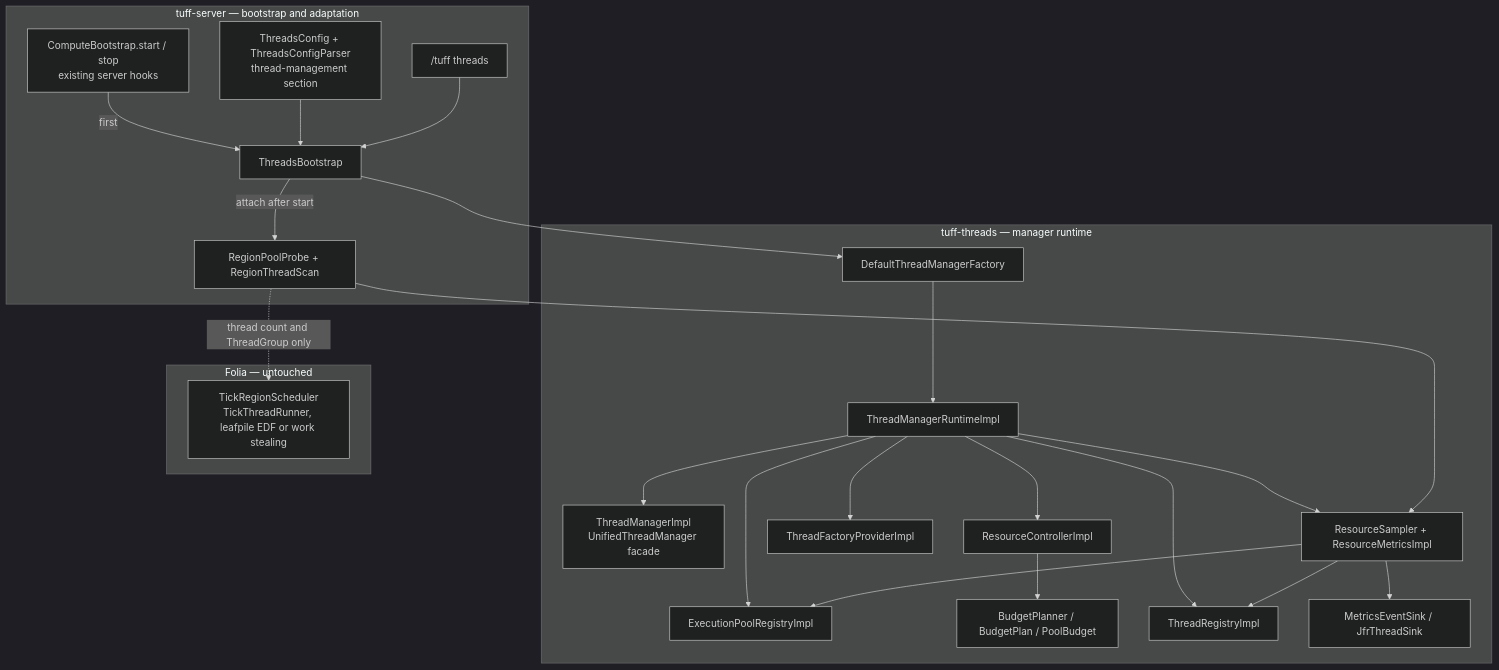
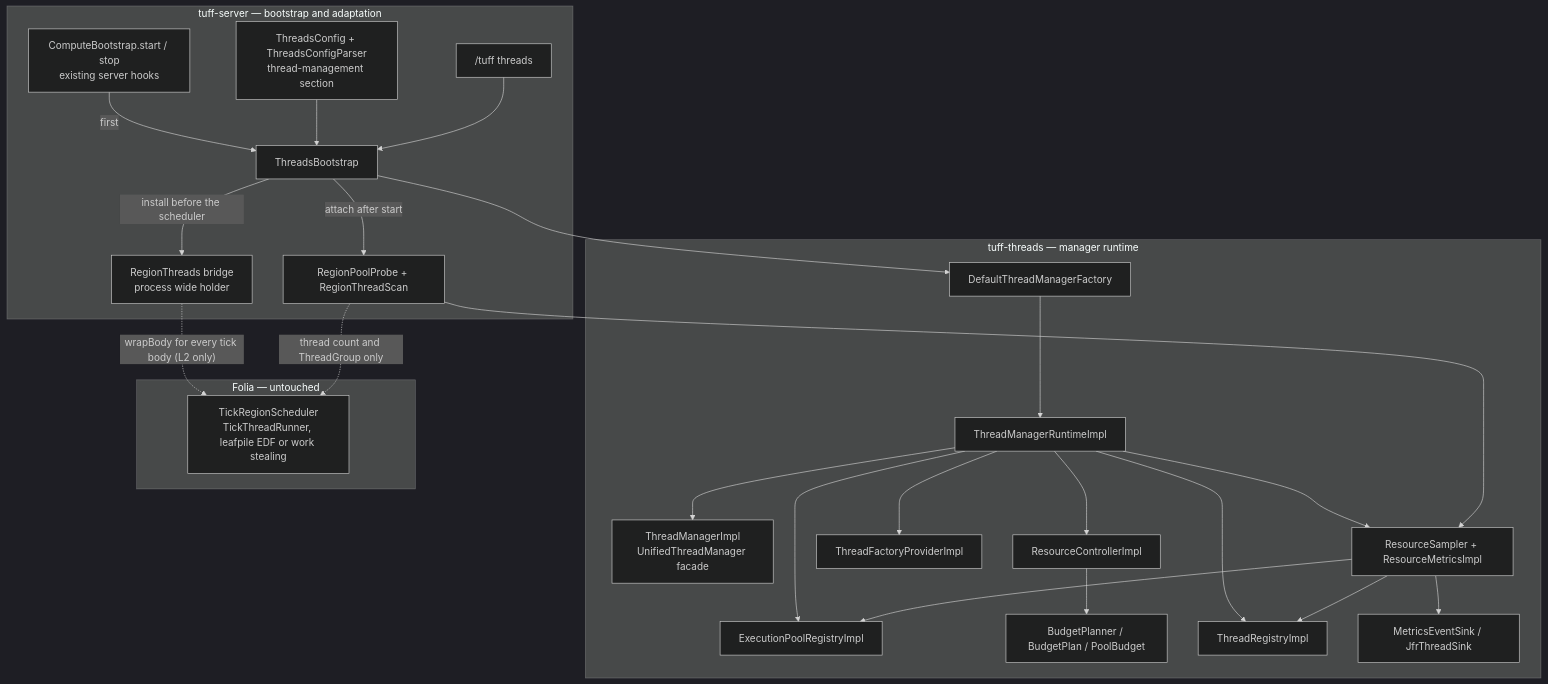
Before and after one commit to bejiihiu/tuff: the first of 3 diagrams in docs/utmi/architecture.md, drawn with Mermaid (dark theme). The commit also changed other lines of this file and 5 other files, not shown here.

````diff
--- a/docs/utmi/architecture.md
+++ b/docs/utmi/architecture.md
@@ -5,45 +5,48 @@
 ```mermaid
 flowchart TB
     subgraph server["tuff-server — bootstrap and adaptation"]
         HOOK["ComputeBootstrap.start / stop<br/>existing server hooks"]
         TB["ThreadsBootstrap"]
         CFG["ThreadsConfig + ThreadsConfigParser<br/>thread-management section"]
         RP["RegionPoolProbe + RegionThreadScan"]
+        BR["RegionThreads bridge<br/>process wide holder"]
         CMD["/tuff threads"]
     end
 
     subgraph threads["tuff-threads — manager runtime"]
         FAC["DefaultThreadManagerFactory"]
         RT["ThreadManagerRuntimeImpl"]
         MGR["ThreadManagerImpl<br/>UnifiedThreadManager facade"]
         POOLS["ExecutionPoolRegistryImpl"]
         CTRL["ResourceControllerImpl"]
         PLAN["BudgetPlanner / BudgetPlan / PoolBudget"]
         FACT["ThreadFactoryProviderImpl"]
         REG["ThreadRegistryImpl"]
         SAMPLE["ResourceSampler + ResourceMetricsImpl"]
         JFR["MetricsEventSink / JfrThreadSink"]
     end
 
     subgraph folia["Folia — untouched"]
         TICK["TickRegionScheduler<br/>TickThreadRunner, leafpile EDF or work stealing"]
     end
 
     HOOK -->|"first"| TB
     CFG --> TB
     TB --> FAC --> RT
     RT --> POOLS
     RT --> CTRL
     RT --> FACT
     RT --> REG
     RT --> SAMPLE
     RT --> MGR
     CTRL --> PLAN
     SAMPLE --> POOLS
     SAMPLE --> REG
     SAMPLE --> JFR
     CMD --> TB
     TB -->|"attach after start"| RP
     RP --> SAMPLE
+    TB -->|"install before the scheduler"| BR
+    BR -. "wrapBody for every tick body (L2 only)" .-> TICK
     RP -. "thread count and ThreadGroup only" .-> TICK
 ```
````
